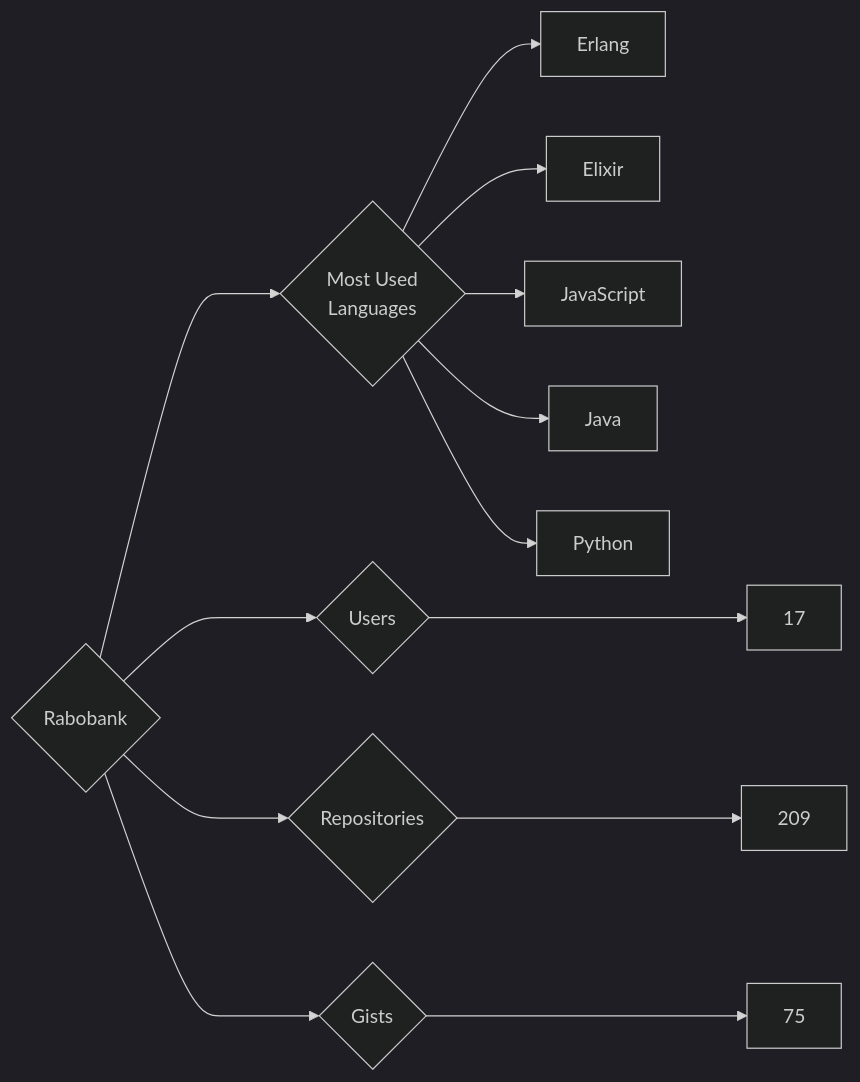
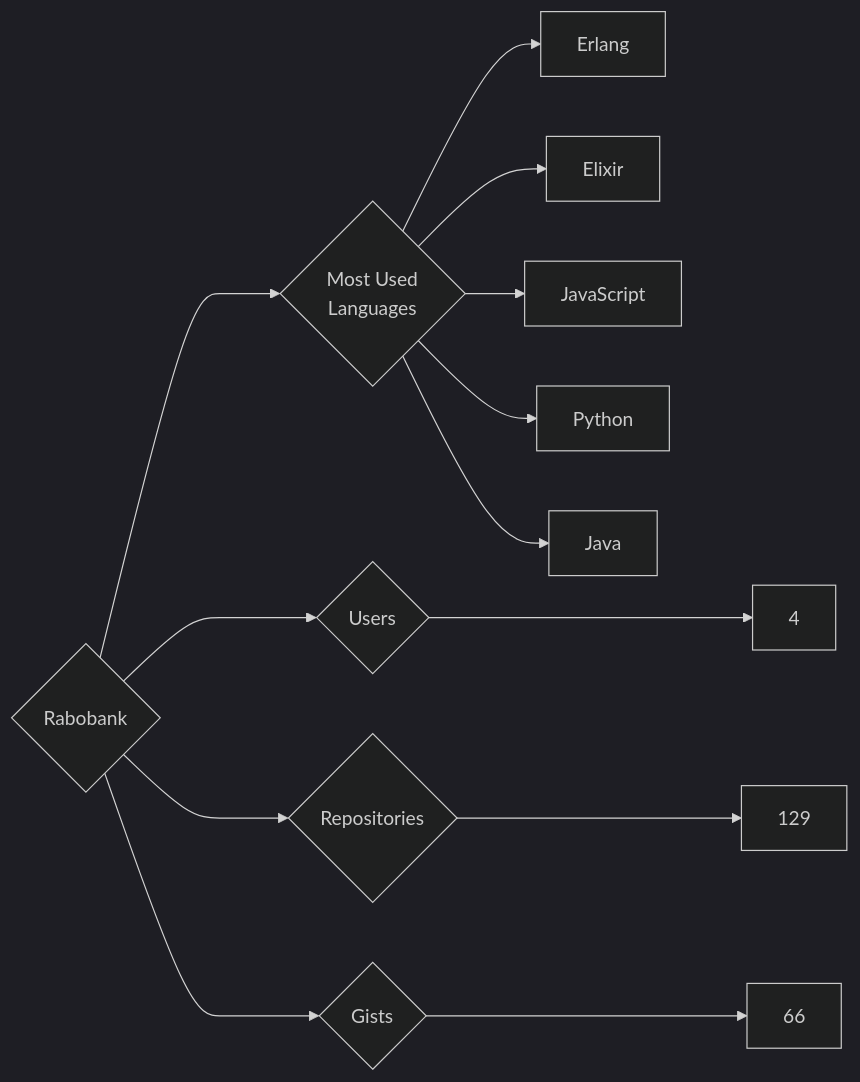
Before and after one commit to trickest/insiders: the diagram in targets/Rabobank/README.md, drawn with Mermaid (dark theme). The commit also changed 860 other files, not shown here.

````diff
--- a/targets/Rabobank/README.md
+++ b/targets/Rabobank/README.md
@@ -3,13 +3,13 @@
 ```mermaid
 graph LR
 COMPANY_NAME{Rabobank}
-COMPANY_NAME ---> U{Users} ---> UN[17]
-COMPANY_NAME ---> R{Repositories} ---> RN[209]
-COMPANY_NAME ---> G{Gists} ---> GN[75]
+COMPANY_NAME ---> U{Users} ---> UN[4]
+COMPANY_NAME ---> R{Repositories} ---> RN[129]
+COMPANY_NAME ---> G{Gists} ---> GN[66]
 COMPANY_NAME ---> ML{Most Used<br>Languages}
 ML --> Erlang[Erlang]
 ML --> Elixir[Elixir]
 ML --> JavaScript[JavaScript]
+ML --> Python[Python]
 ML --> Java[Java]
-ML --> Python[Python]
 ```
````
